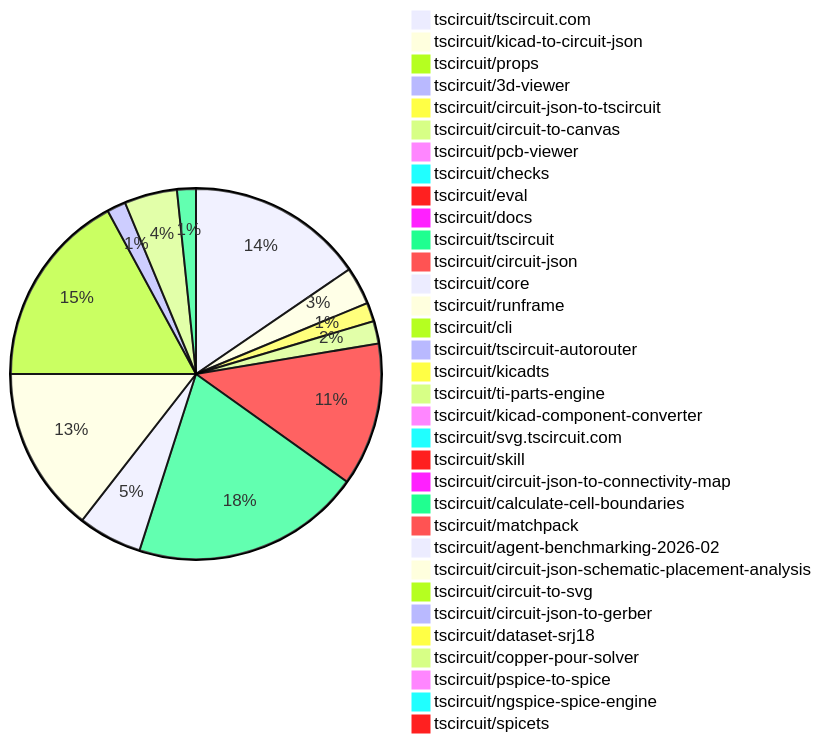
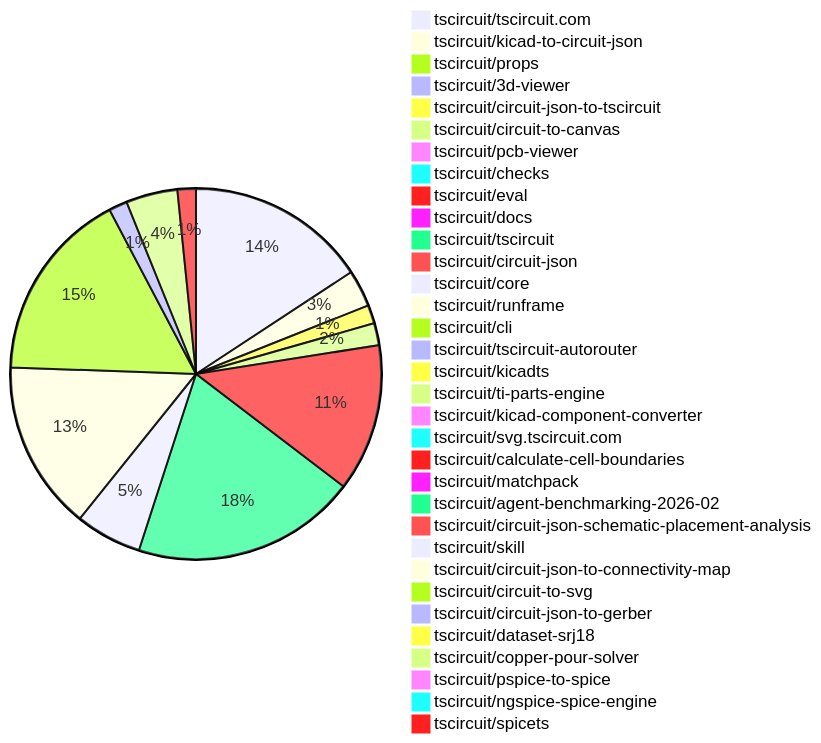
One commit to tscircuit/contribution-tracker changed the diagram in README.md. Above: the diagram before and after it, drawn with Mermaid. The commit also changed other lines of this file and 3 other files, not shown here.

````diff
--- a/README.md
+++ b/README.md
@@ -30,36 +30,36 @@
 ```mermaid
 pie
-    "tscircuit/tscircuit.com" : 47
+    "tscircuit/tscircuit.com" : 49
     "tscircuit/kicad-to-circuit-json" : 10
     "tscircuit/props" : 3
     "tscircuit/3d-viewer" : 2
     "tscircuit/circuit-json-to-tscircuit" : 5
     "tscircuit/circuit-to-canvas" : 6
     "tscircuit/pcb-viewer" : 2
     "tscircuit/checks" : 3
-    "tscircuit/eval" : 38
+    "tscircuit/eval" : 40
     "tscircuit/docs" : 3
     "tscircuit/tscircuit" : 61
     "tscircuit/circuit-json" : 2
-    "tscircuit/core" : 17
-    "tscircuit/runframe" : 44
+    "tscircuit/core" : 18
+    "tscircuit/runframe" : 46
     "tscircuit/cli" : 52
     "tscircuit/tscircuit-autorouter" : 5
     "tscircuit/kicadts" : 1
     "tscircuit/ti-parts-engine" : 14
     "tscircuit/kicad-component-converter" : 1
     "tscircuit/svg.tscircuit.com" : 2
-    "tscircuit/skill" : 1
-    "tscircuit/circuit-json-to-connectivity-map" : 1
     "tscircuit/calculate-cell-boundaries" : 5
     "tscircuit/matchpack" : 2
     "tscircuit/agent-benchmarking-2026-02" : 3
     "tscircuit/circuit-json-schematic-placement-analysis" : 1
+    "tscircuit/skill" : 1
+    "tscircuit/circuit-json-to-connectivity-map" : 1
     "tscircuit/circuit-to-svg" : 2
     "tscircuit/circuit-json-to-gerber" : 1
     "tscircuit/dataset-srj18" : 1
     "tscircuit/copper-pour-solver" : 1
     "tscircuit/pspice-to-spice" : 2
     "tscircuit/ngspice-spice-engine" : 1
     "tscircuit/spicets" : 2
 ```
````
